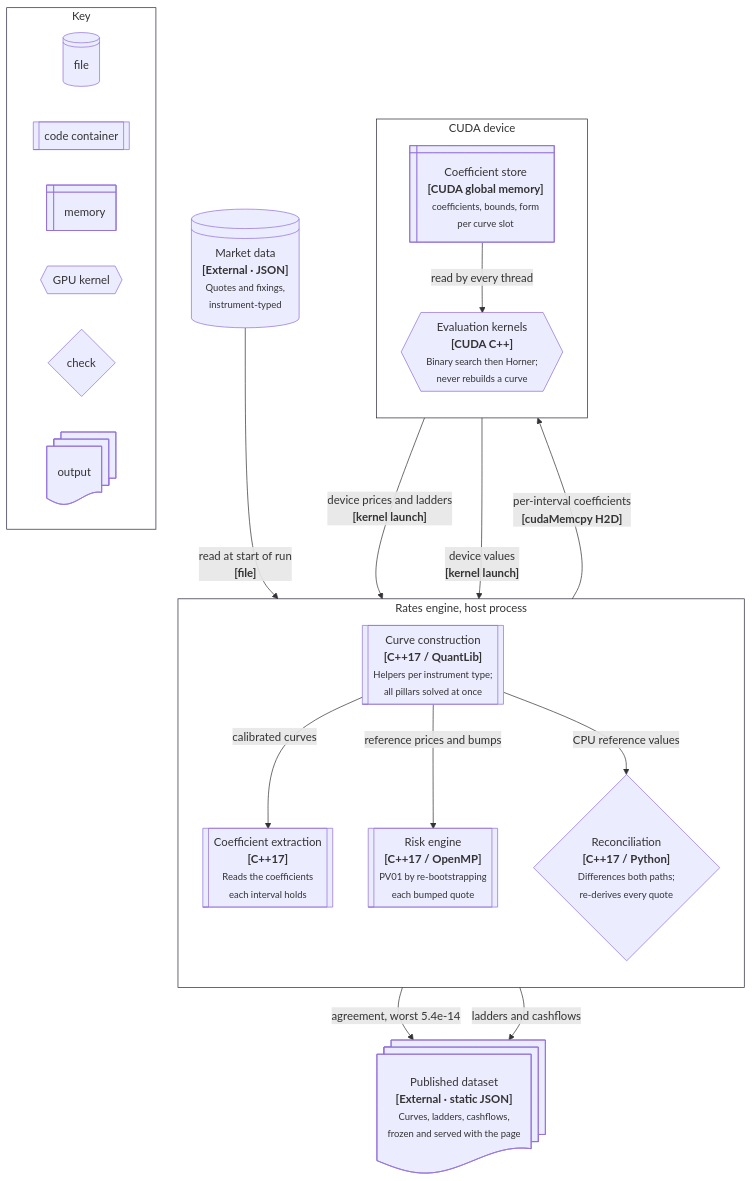
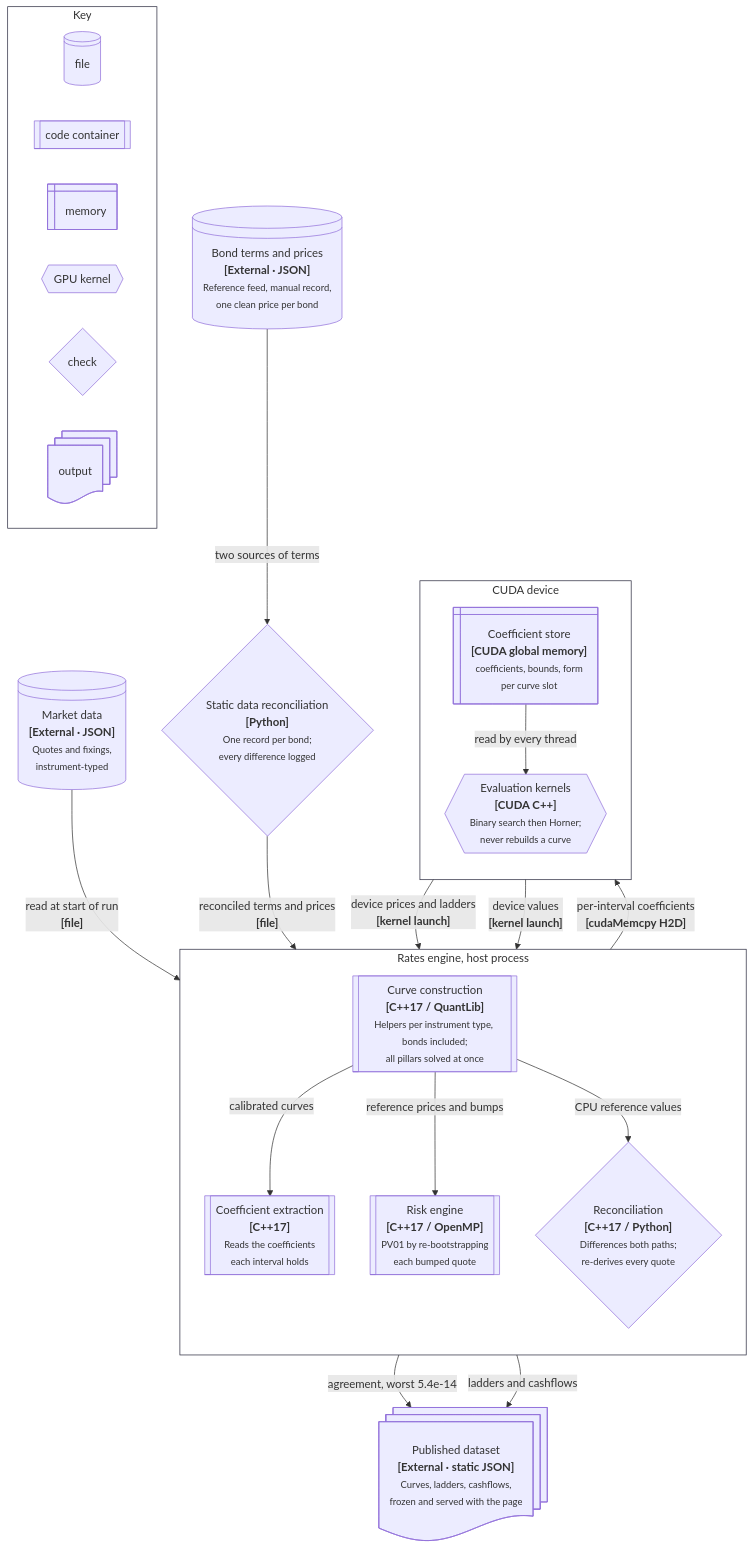
The diagram in src/components/dashboards/curve_model/diagrams/c4-container.mmd (jrwglover/portfolio), drawn with Mermaid before and after one commit. The commit also changed 25 other files, not shown here.

Commit message:
Government bond desk on the live stage: recorded bond prices and static records, relative value and the bond book per set; bond maths in the notes; bond lane in the architecture and curve graph; session re-exported with seventeen sets

```diff
--- a/src/components/dashboards/curve_model/diagrams/c4-container.mmd
+++ b/src/components/dashboards/curve_model/diagrams/c4-container.mmd
@@ -1,52 +1,57 @@
 %% C4 Level 2: Container.
 %% Every element carries name, [type: technology] and a description; every
 %% relationship is labelled with intent, and those crossing the process or
 %% device boundary also name the protocol. Shapes are secondary to the labels
 %% and are explained in the key.
 %% .
-%% Deliberately not one container per source file: the nine term structures are
+%% Deliberately not one container per source file: the term structures are
 %% process state rather than a container, and the CSV/JSON outputs are one
 %% dataset. An earlier version listed both and laid out 4613px wide, which is
 %% not readable on a page.
 flowchart TB
   MD@{ shape: lin-cyl, label: "Market data<br/><b>[External · JSON]</b><br/><small>Quotes and fixings,<br/>instrument-typed</small>" }
 
+  BSD@{ shape: lin-cyl, label: "Bond terms and prices<br/><b>[External · JSON]</b><br/><small>Reference feed, manual record,<br/>one clean price per bond</small>" }
+  SREC@{ shape: diam, label: "Static data reconciliation<br/><b>[Python]</b><br/><small>One record per bond;<br/>every difference logged</small>" }
+
   subgraph HOST["Rates engine, host process"]
     direction TB
-    BOOT@{ shape: subproc, label: "Curve construction<br/><b>[C++17 / QuantLib]</b><br/><small>Helpers per instrument type;<br/>all pillars solved at once</small>" }
+    BOOT@{ shape: subproc, label: "Curve construction<br/><b>[C++17 / QuantLib]</b><br/><small>Helpers per instrument type, bonds included;<br/>all pillars solved at once</small>" }
     COEF@{ shape: subproc, label: "Coefficient extraction<br/><b>[C++17]</b><br/><small>Reads the coefficients<br/>each interval holds</small>" }
     RISK@{ shape: subproc, label: "Risk engine<br/><b>[C++17 / OpenMP]</b><br/><small>PV01 by re-bootstrapping<br/>each bumped quote</small>" }
     RECON@{ shape: diam, label: "Reconciliation<br/><b>[C++17 / Python]</b><br/><small>Differences both paths;<br/>re-derives every quote</small>" }
   end
 
   subgraph DEV["CUDA device"]
     direction TB
     CMEM@{ shape: win-pane, label: "Coefficient store<br/><b>[CUDA global memory]</b><br/><small>coefficients, bounds, form<br/>per curve slot</small>" }
     KERN@{ shape: hex, label: "Evaluation kernels<br/><b>[CUDA C++]</b><br/><small>Binary search then Horner;<br/>never rebuilds a curve</small>" }
   end
 
   PUB@{ shape: docs, label: "Published dataset<br/><b>[External · static JSON]</b><br/><small>Curves, ladders, cashflows,<br/>frozen and served with the page</small>" }
 
   MD -->|"read at start of run<br/><b>[file]</b>"| BOOT
+  BSD -->|"two sources of terms"| SREC
+  SREC -->|"reconciled terms and prices<br/><b>[file]</b>"| BOOT
   BOOT -->|"calibrated curves"| COEF
   BOOT -->|"reference prices and bumps"| RISK
   BOOT -->|"CPU reference values"| RECON
   COEF -->|"per-interval coefficients<br/><b>[cudaMemcpy H2D]</b>"| CMEM
   CMEM -->|"read by every thread"| KERN
   KERN -->|"device prices and ladders<br/><b>[kernel launch]</b>"| RISK
   KERN -->|"device values<br/><b>[kernel launch]</b>"| RECON
   RECON -->|"agreement, worst 5.4e-14"| PUB
   RISK -->|"ladders and cashflows"| PUB
 
   subgraph KEY[" Key "]
     direction LR
     K1@{ shape: lin-cyl, label: "file" }
     K2@{ shape: subproc, label: "code container" }
     K3@{ shape: win-pane, label: "memory" }
     K4@{ shape: hex, label: "GPU kernel" }
     K5@{ shape: diam, label: "check" }
     K6@{ shape: docs, label: "output" }
   end
 
   classDef bnd fill:none,stroke:#2a2a3e
   class HOST,DEV,KEY bnd
```
